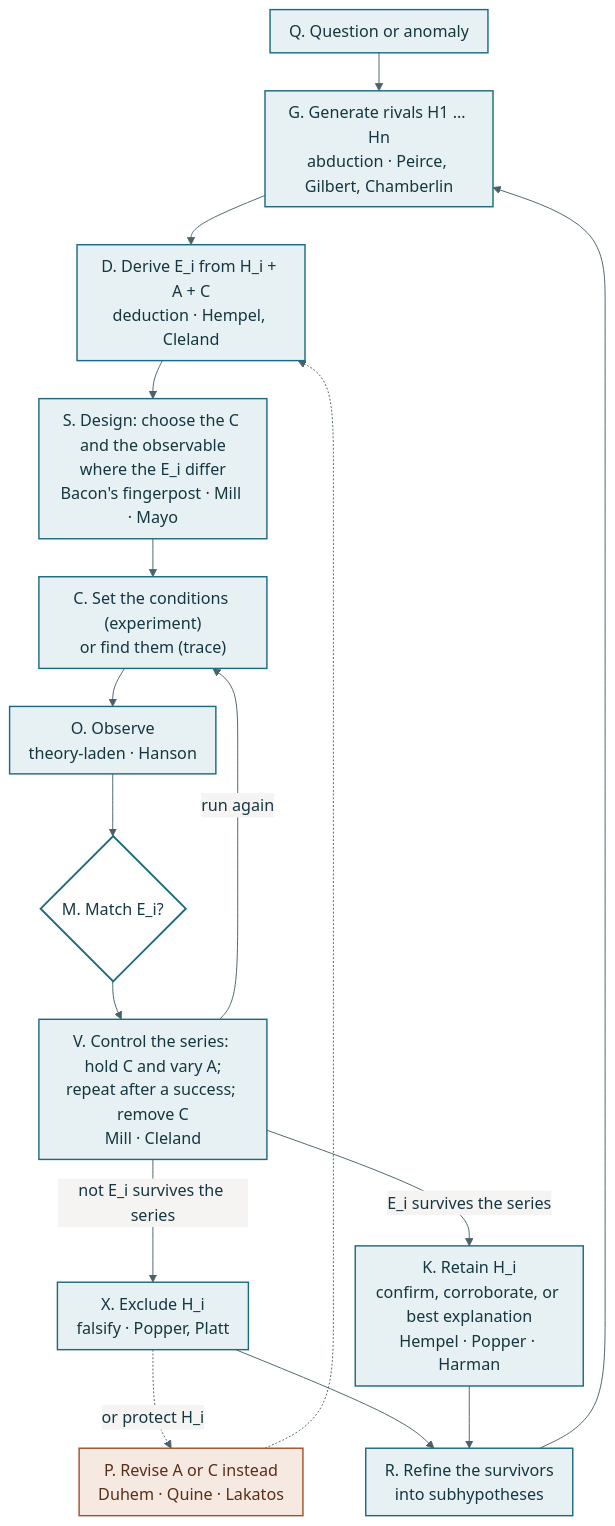
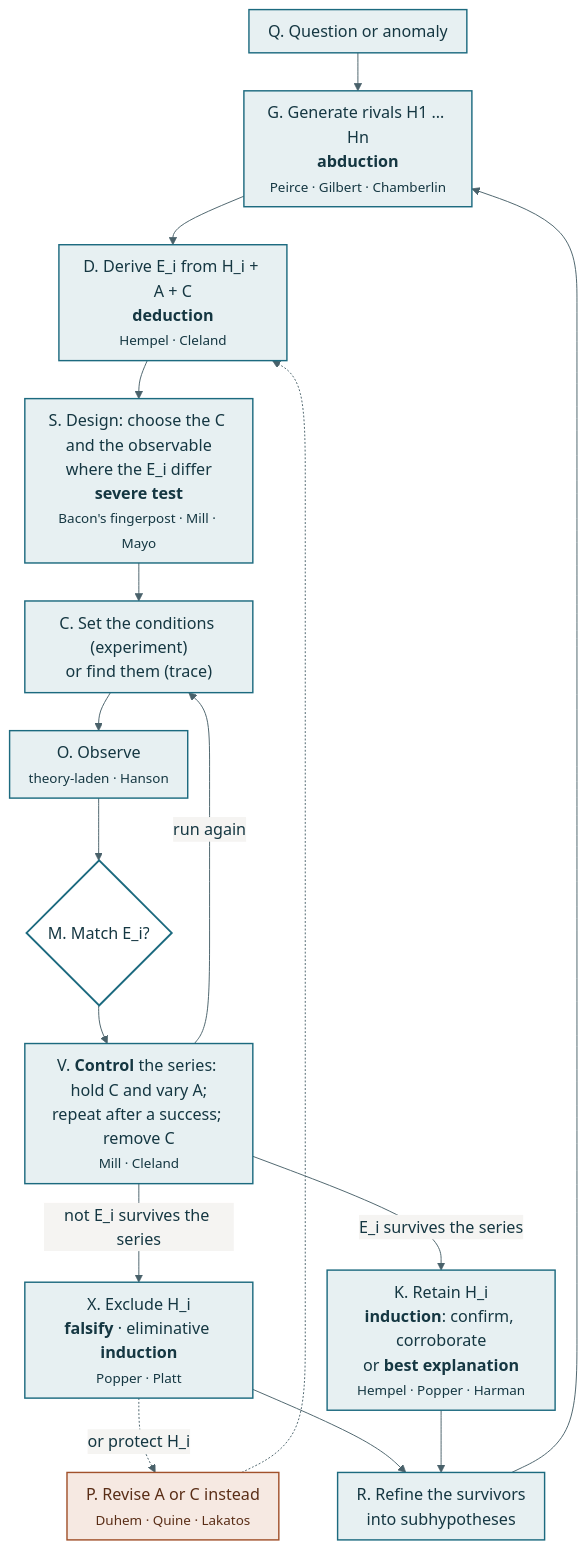
One commit to Denolle-Lab/metascience-and-AI changed the diagram in unit.qmd. Above: the diagram before and after it, drawn with Mermaid. The commit also changed other lines of this file, not shown here.

Commit message:
Unit graph: bold the cognitive tasks, set the thinkers in small type

````diff
--- a/unit.qmd
+++ b/unit.qmd
@@ -113,28 +112,28 @@
 ```{mermaid}
 %%| label: fig-unit
 %%| fig-cap: "The unit of inquiry as a workflow. Solid arrows are one pass; V is the control series Cleland says is the real unit of experimental work, and its loop back to C is where most laboratory time goes; the dashed arrow is the Duhem escape, revising an auxiliary or a condition instead of the hypothesis. Node letters are used in the tables below and in every meeting's ledger row."
 %%{init: {"theme": "base", "themeVariables": {"fontSize": "17px", "fontFamily": "Source Serif 4, Georgia, serif", "primaryColor": "#e7f0f2", "primaryBorderColor": "#1c6a7f", "primaryTextColor": "#153742", "lineColor": "#49616a", "secondaryColor": "#ffffff", "tertiaryColor": "#f5f4f2", "edgeLabelBackground": "#f5f4f2"}, "flowchart": {"htmlLabels": true, "nodeSpacing": 26, "rankSpacing": 40, "curve": "basis", "padding": 10}}}%%
 flowchart TD
-    Q["Q. Question or anomaly"] --> G["G. Generate rivals H1 … Hn<br/>abduction · Peirce, Gilbert, Chamberlin"]
-    G --> D["D. Derive E_i from H_i + A + C<br/>deduction · Hempel, Cleland"]
-    D --> S["S. Design: choose the C and the observable<br/>where the E_i differ<br/>Bacon's fingerpost · Mill · Mayo"]
+    Q["Q. Question or anomaly"] --> G["G. Generate rivals H1 … Hn<br/><b>abduction</b><br/><small>Peirce · Gilbert · Chamberlin</small>"]
+    G --> D["D. Derive E_i from H_i + A + C<br/><b>deduction</b><br/><small>Hempel · Cleland</small>"]
+    D --> S["S. Design: choose the C and the observable<br/>where the E_i differ<br/><b>severe test</b><br/><small>Bacon's fingerpost · Mill · Mayo</small>"]
     S --> C["C. Set the conditions (experiment)<br/>or find them (trace)"]
-    C --> O["O. Observe<br/>theory-laden · Hanson"]
+    C --> O["O. Observe<br/><small>theory-laden · Hanson</small>"]
     O --> M{"M. Match E_i?"}
-    M --> V["V. Control the series: hold C and vary A;<br/>repeat after a success; remove C<br/>Mill · Cleland"]
+    M --> V["V. <b>Control</b> the series: hold C and vary A;<br/>repeat after a success; remove C<br/><small>Mill · Cleland</small>"]
     V -- "run again" --> C
-    V -- "not E_i survives the series" --> X["X. Exclude H_i<br/>falsify · Popper, Platt"]
-    V -- "E_i survives the series" --> K["K. Retain H_i<br/>confirm, corroborate, or best explanation<br/>Hempel · Popper · Harman"]
-    X -. "or protect H_i" .-> P["P. Revise A or C instead<br/>Duhem · Quine · Lakatos"]
+    V -- "not E_i survives the series" --> X["X. Exclude H_i<br/><b>falsify</b> · eliminative <b>induction</b><br/><small>Popper · Platt</small>"]
+    V -- "E_i survives the series" --> K["K. Retain H_i<br/><b>induction</b>: confirm, corroborate<br/>or <b>best explanation</b><br/><small>Hempel · Popper · Harman</small>"]
+    X -. "or protect H_i" .-> P["P. Revise A or C instead<br/><small>Duhem · Quine · Lakatos</small>"]
     P -.-> D
     X --> R["R. Refine the survivors<br/>into subhypotheses"]
     K --> R
     R --> G
 
     classDef step fill:#e7f0f2,stroke:#1c6a7f,stroke-width:1.5px,color:#153742;
     classDef branch fill:#ffffff,stroke:#1c6a7f,stroke-width:2px,color:#153742;
     classDef escape fill:#f6e9e2,stroke:#a1512b,stroke-width:1.5px,color:#5a2e17;
     class Q,G,D,S,C,O,V,X,K,R step;
     class M branch;
     class P escape;
 ```
````
